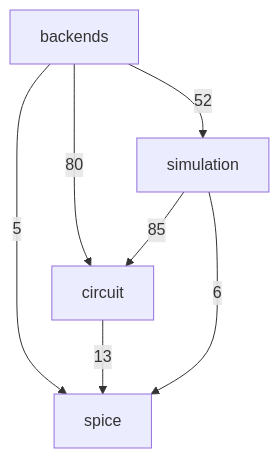
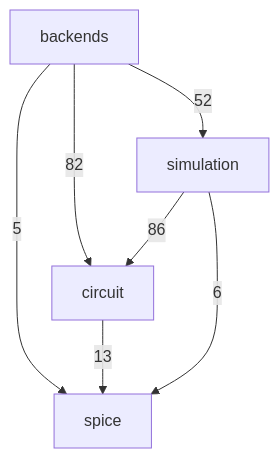
One commit to ronnymilleo/imcsim changed the second of 3 diagrams in docs/architecture.md. Above: the diagram before and after it, drawn with Mermaid. The commit also changed other lines of this file and 1 other file, not shown here.

Commit message:
Regenerate the include and Nodalys class diagrams

````diff
--- a/docs/architecture.md
+++ b/docs/architecture.md
@@ -33,13 +33,13 @@
 ```mermaid
 flowchart TD
     app_core_spice[spice]
     app_core_circuit[circuit]
     app_core_simulation[simulation]
     app_core_backends[backends]
-    app_core_backends -->|80| app_core_circuit
+    app_core_backends -->|82| app_core_circuit
     app_core_backends -->|52| app_core_simulation
     app_core_backends -->|5| app_core_spice
     app_core_circuit -->|13| app_core_spice
-    app_core_simulation -->|85| app_core_circuit
+    app_core_simulation -->|86| app_core_circuit
     app_core_simulation -->|6| app_core_spice
 ```
````
